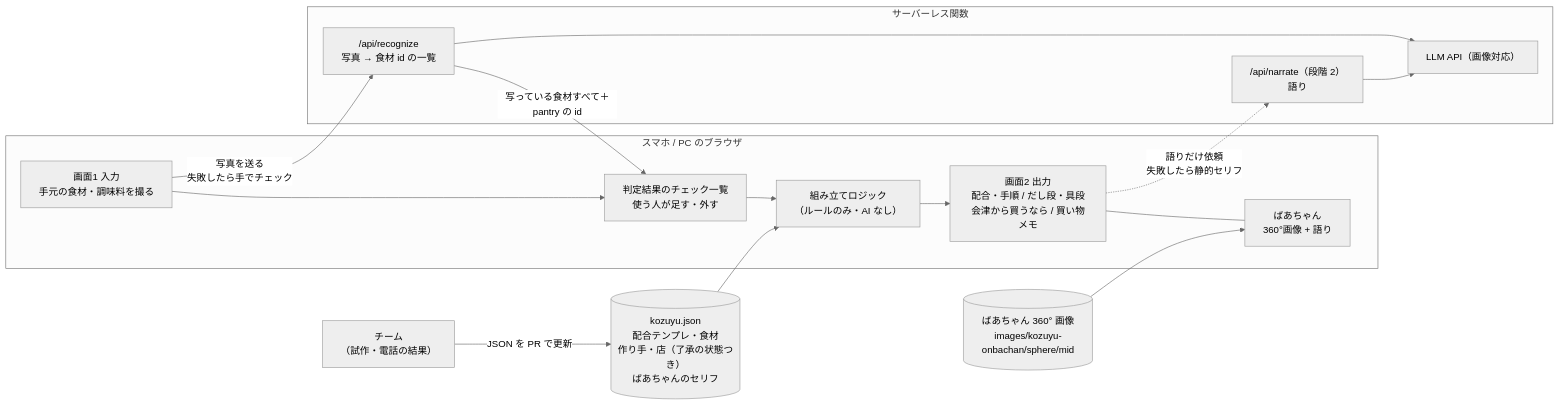
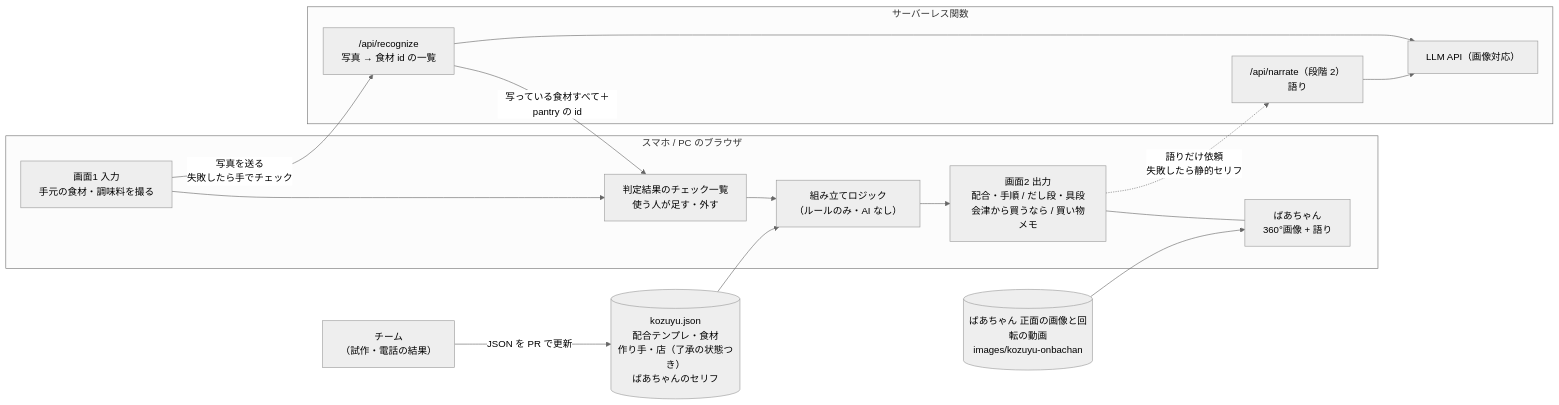
One commit to ashilal1/aict_hackathon_2026 changed the diagram in docs/architecture.md. Above: the diagram before and after it, drawn with Mermaid (neutral theme). The commit also changed other lines of this file and 75 other files, not shown here.

````diff
--- a/docs/architecture.md
+++ b/docs/architecture.md
@@ -26,31 +26,31 @@
 ```mermaid
 flowchart LR
   subgraph Browser["スマホ / PC のブラウザ"]
     PHOTO["画面1 入力<br/>手元の食材・調味料を撮る"]
     IN["判定結果のチェック一覧<br/>使う人が足す・外す"]
     LOGIC["組み立てロジック<br/>（ルールのみ・AI なし）"]
     PHOTO --> IN
     OUT["画面2 出力<br/>配合・手順 / だし段・具段<br/>会津から買うなら / 買い物メモ"]
     GRANNY["ばあちゃん<br/>360°画像 + 語り"]
     IN --> LOGIC --> OUT
     OUT --- GRANNY
   end
 
   DATA[("kozuyu.json<br/>配合テンプレ・食材<br/>作り手・店（了承の状態つき）<br/>ばあちゃんのセリフ")]
-  IMG[("ばあちゃん 360° 画像<br/>images/kozuyu-onbachan/sphere/mid")]
+  IMG[("ばあちゃん 正面の画像と回転の動画<br/>images/kozuyu-onbachan")]
   DATA --> LOGIC
   IMG --> GRANNY
 
   subgraph Server["サーバーレス関数"]
     REC["/api/recognize<br/>写真 → 食材 id の一覧"]
     API["/api/narrate（段階 2）<br/>語り"]
     LLM["LLM API（画像対応）"]
     REC --> LLM
     API --> LLM
   end
   PHOTO -- "写真を送る<br/>失敗したら手でチェック" --> REC
   REC -- "写っている食材すべて＋pantry の id" --> IN
   OUT -. "語りだけ依頼<br/>失敗したら静的セリフ" .-> API
 
   TEAM["チーム<br/>（試作・電話の結果）"] -- "JSON を PR で更新" --> DATA
 ```
````
